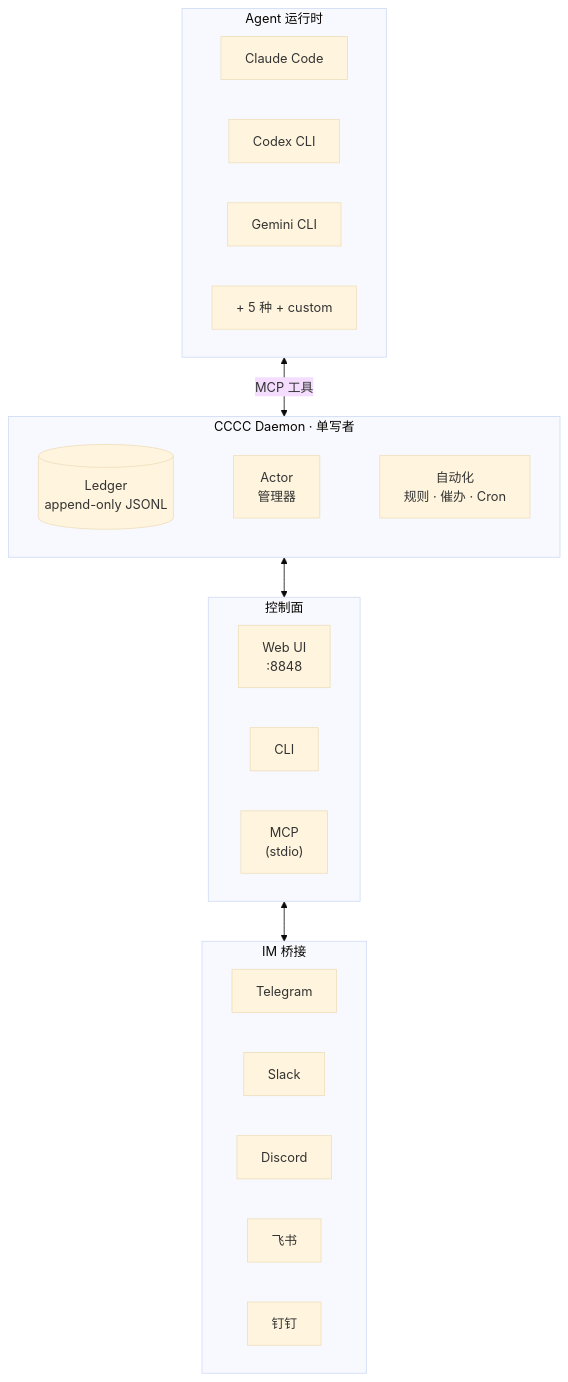
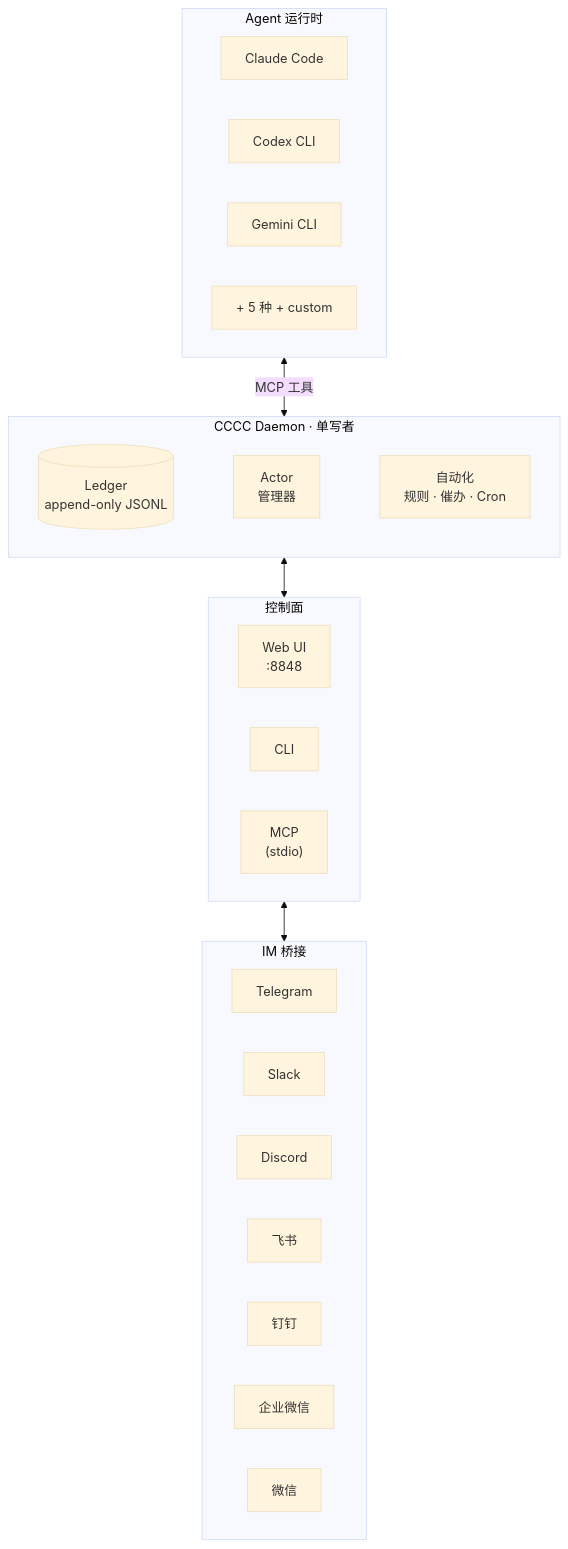
The diagram in README.zh-CN.md (zixuniaowu/cccc), drawn with Mermaid (base theme) before and after one commit. The commit also changed other lines of this file and 2 other files, not shown here.

````diff
--- a/README.zh-CN.md
+++ b/README.zh-CN.md
@@ -129,39 +129,41 @@
 ```mermaid
 graph TB
     subgraph Agents["Agent 运行时"]
         direction LR
         A1["Claude Code"]
         A2["Codex CLI"]
         A3["Gemini CLI"]
         A4["+ 5 种 + custom"]
     end
 
     subgraph Daemon["CCCC Daemon · 单写者"]
         direction LR
         Ledger[("Ledger<br/>append-only JSONL")]
         ActorMgr["Actor<br/>管理器"]
         Auto["自动化<br/>规则 · 催办 · Cron"]
         Ledger ~~~ ActorMgr ~~~ Auto
     end
 
     subgraph Ports["控制面"]
         direction LR
         Web["Web UI<br/>:8848"]
         CLI["CLI"]
         MCP["MCP<br/>(stdio)"]
     end
 
     subgraph IM["IM 桥接"]
         direction LR
         TG["Telegram"]
         SL["Slack"]
         DC["Discord"]
         FS["飞书"]
         DT["钉钉"]
+        WC["企业微信"]
+        WX["微信"]
     end
 
     Agents <-->|MCP 工具| Daemon
     Daemon <--> Ports
     Web <--> IM
 
 ```
````
